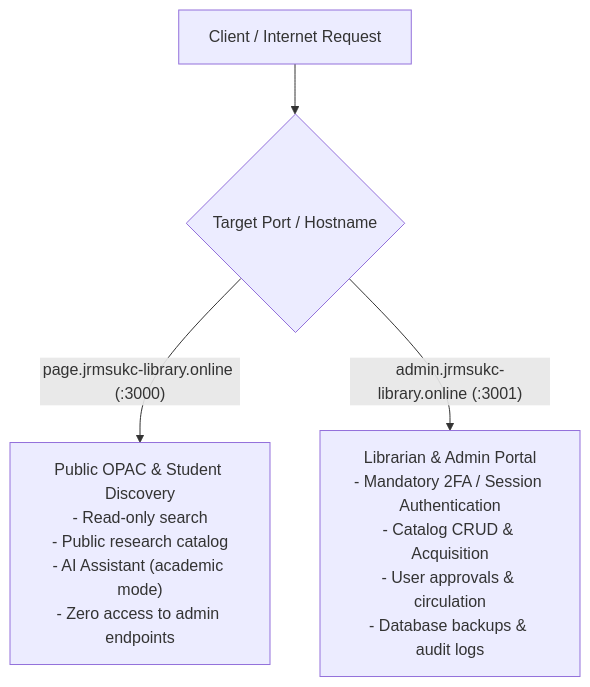
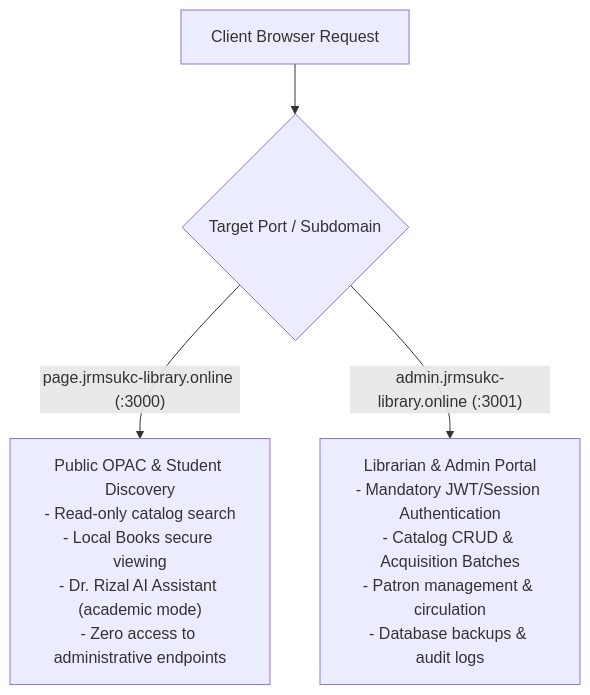
One commit to JMSuico/JRMSULibrary-web-PAGE changed the sixth of 7 diagrams in MASTER_SYSTEM_ARCHITECTURE.md. Above: the diagram before and after it, drawn with Mermaid. The commit also changed other lines of this file and 77 other files, not shown here.

Commit message:
feat: autonomous document knowledge extraction daemon, anti-download canvas protection, authentic JRMSU UI restoration, and SQL Server schema sync

````diff
--- a/MASTER_SYSTEM_ARCHITECTURE.md
+++ b/MASTER_SYSTEM_ARCHITECTURE.md
@@ -291,6 +498,6 @@
 ```mermaid
 flowchart TD
-    Internet["Client / Internet Request"] --> PortRouter{"Target Port / Hostname"}
-    PortRouter -- page.jrmsukc-library.online (:3000) --> PublicTier["Public OPAC & Student Discovery\n- Read-only search\n- Public research catalog\n- AI Assistant (academic mode)\n- Zero access to admin endpoints"]
-    PortRouter -- admin.jrmsukc-library.online (:3001) --> AdminTier["Librarian & Admin Portal\n- Mandatory 2FA / Session Authentication\n- Catalog CRUD & Acquisition\n- User approvals & circulation\n- Database backups & audit logs"]
+    Internet["Client Browser Request"] --> PortRouter{"Target Port / Subdomain"}
+    PortRouter -- page.jrmsukc-library.online (:3000) --> PublicTier["Public OPAC & Student Discovery\n- Read-only catalog search\n- Local Books secure viewing\n- Dr. Rizal AI Assistant (academic mode)\n- Zero access to administrative endpoints"]
+    PortRouter -- admin.jrmsukc-library.online (:3001) --> AdminTier["Librarian & Admin Portal\n- Mandatory JWT/Session Authentication\n- Catalog CRUD & Acquisition Batches\n- Patron management & circulation\n- Database backups & audit logs"]
 ```
````
